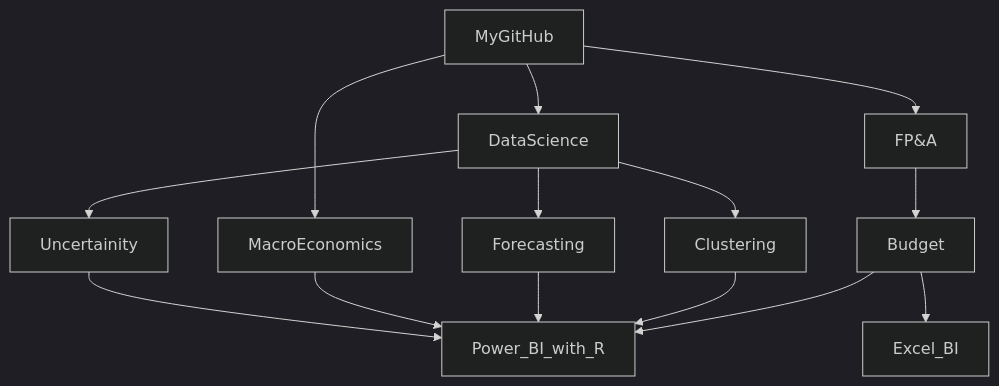
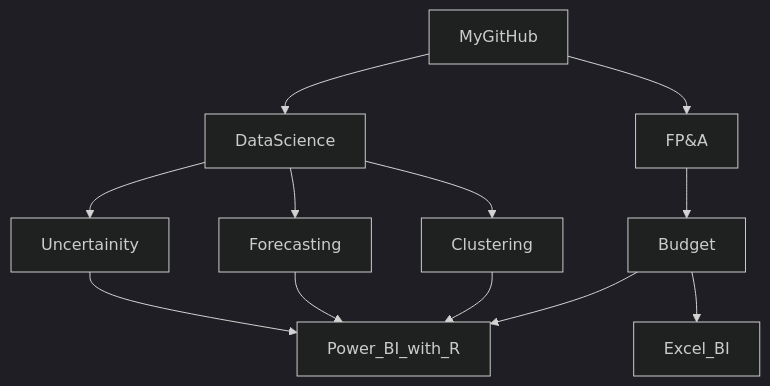
One commit to md3629/md3629 changed the diagram in README.md. Above: the diagram before and after it, drawn with Mermaid (dark theme).

````diff
--- a/README.md
+++ b/README.md
@@ -9,16 +9,14 @@
 ```mermaid
 graph TD;
     MyGitHub-->FP&A;
     FP&A-->Budget;
     MyGitHub-->DataScience;
-    MyGitHub-->MacroEconomics;
     DataScience-->Forecasting;
     DataScience-->Clustering;
     DataScience-->Uncertainity;
     Uncertainity-->Power_BI_with_R;
-    MacroEconomics-->Power_BI_with_R;
     Forecasting-->Power_BI_with_R;
     Clustering-->Power_BI_with_R;
     Budget-->Power_BI_with_R;
     Budget-->Excel_BI;
 ```
````
